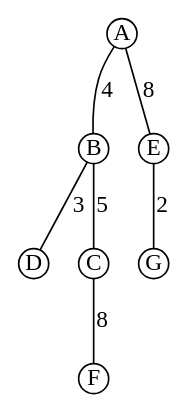
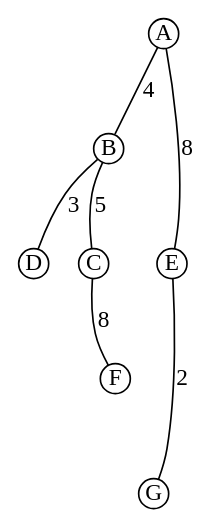
One commit to microtherion/FD1_HS13_U1_GKMN changed the diagram in graph/Final1_1.dot. Above: the diagram before and after it, drawn with Graphviz. The commit also changed 2 other files, not shown here.

```diff
--- a/graph/Final1_1.dot
+++ b/graph/Final1_1.dot
@@ -1,9 +1,13 @@
 graph Demo {
       node [height=0.25,width=0.25,fixedsize=true]
+
       A -- B [label="4"]
       A -- E [label="8"]
+      B -- E [label="10", style="invis"]
       B -- D [label="3"]
       B -- C [label="5"]
       C -- F [label="8"]
+      E -- F [label="8", style="invis"]
       E -- G [label="2"]
+      F -- G [label="11", style="invis"] 
 }
```
